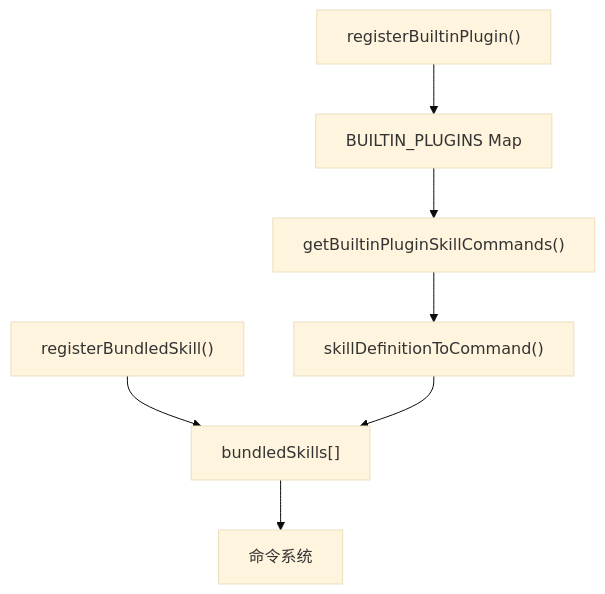
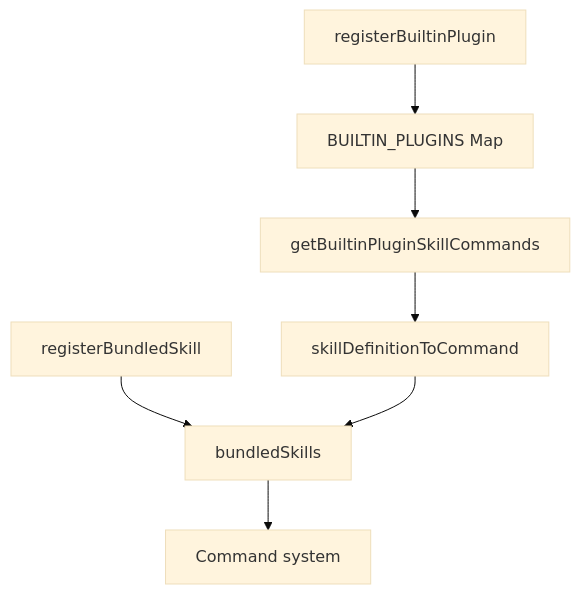
Before and after one commit to niuma996/claude-code-sourcemap-wiki: the second of 2 diagrams in .nium-wiki/wiki/plugins/bundled-skills.md, drawn with Mermaid (base theme). The commit also changed other lines of this file and 1976 other files, not shown here.

````diff
--- a/.nium-wiki/wiki/plugins/bundled-skills.md
+++ b/.nium-wiki/wiki/plugins/bundled-skills.md
@@ -213,9 +213,9 @@
 ```mermaid
 flowchart TB
-    A["registerBundledSkill()"] --> B["bundledSkills[]"]
-    C["registerBuiltinPlugin()"] --> D["BUILTIN_PLUGINS Map"]
-    D --> E["getBuiltinPluginSkillCommands()"]
-    E --> F["skillDefinitionToCommand()"]
+    A[registerBundledSkill] --> B[bundledSkills]
+    C[registerBuiltinPlugin] --> D[BUILTIN_PLUGINS Map]
+    D --> E[getBuiltinPluginSkillCommands]
+    E --> F[skillDefinitionToCommand]
     F --> B
-    B --> G["命令系统"]
+    B --> G[Command system]
 ```
````
